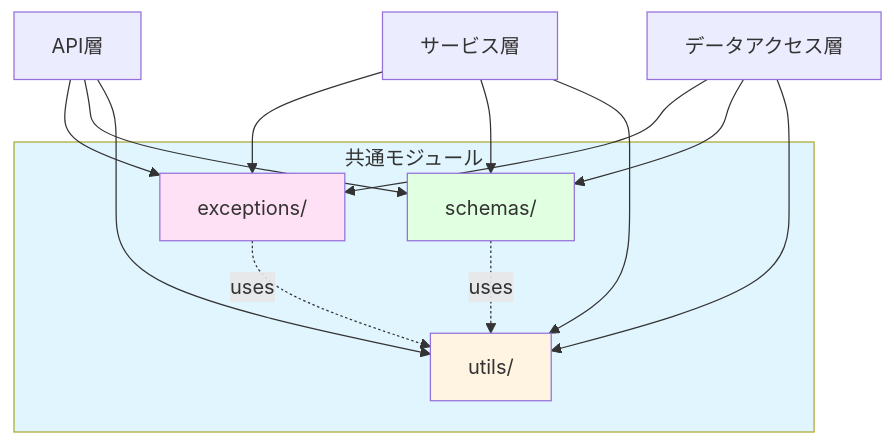
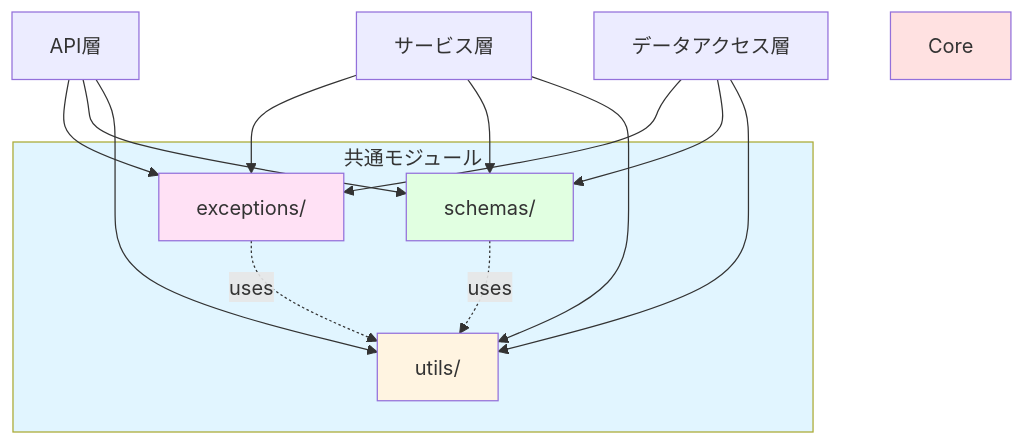
Before and after one commit to TIMMY-WEST/STOCK-INVESTMENT-ANALYZER: the first of 5 diagrams in docs/architecture/layers/common_modules.md, drawn with Mermaid. The commit also changed other lines of this file, not shown here.

````diff
--- a/docs/architecture/layers/common_modules.md
+++ b/docs/architecture/layers/common_modules.md
@@ -130,30 +130,31 @@
 ```mermaid
 graph TB
     API[API層]
     Service[サービス層]
     DataAccess[データアクセス層]
 
     subgraph CommonModules[共通モジュール]
         Exceptions[exceptions/]
         Schemas[schemas/]
         Utils[utils/]
     end
 
     API --> Exceptions
     API --> Schemas
     API --> Utils
     Service --> Exceptions
     Service --> Schemas
     Service --> Utils
     DataAccess --> Exceptions
     DataAccess --> Schemas
     DataAccess --> Utils
 
     Schemas -.->|uses| Utils
     Exceptions -.->|uses| Utils
 
     style CommonModules fill:#e1f5ff
     style Exceptions fill:#ffe1f5
     style Schemas fill:#e1ffe1
+    style Core fill:#ffe1e1
     style Utils fill:#fff4e1
 ```
````
